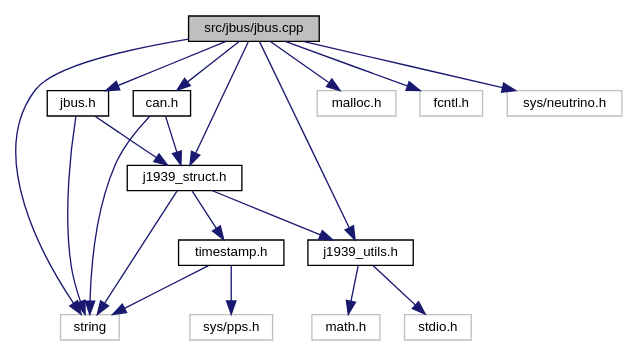
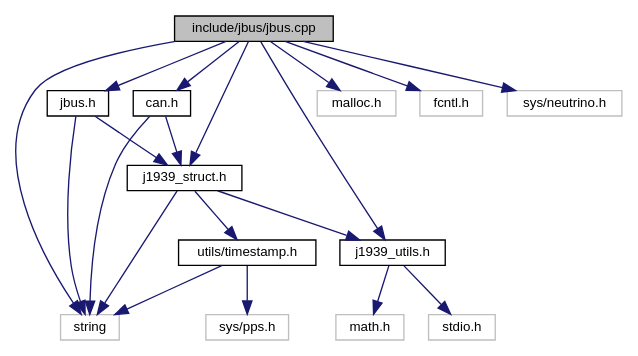
One commit to AboudyKreidieh/truck-code changed the diagram in docs/jbus_8cpp__incl.dot. Above: the diagram before and after it, drawn with Graphviz. The commit also changed 582 other files, not shown here.

```diff
--- a/docs/jbus_8cpp__incl.dot
+++ b/docs/jbus_8cpp__incl.dot
@@ -1,37 +1,37 @@
-digraph "src/jbus/jbus.cpp"
+digraph "include/jbus/jbus.cpp"
 {
   edge [fontname="Helvetica",fontsize="10",labelfontname="Helvetica",labelfontsize="10"];
   node [fontname="Helvetica",fontsize="10",shape=record];
-  Node0 [label="src/jbus/jbus.cpp",height=0.2,width=0.4,color="black", fillcolor="grey75", style="filled", fontcolor="black"];
+  Node0 [label="include/jbus/jbus.cpp",height=0.2,width=0.4,color="black", fillcolor="grey75", style="filled", fontcolor="black"];
   Node0 -> Node1 [color="midnightblue",fontsize="10",style="solid",fontname="Helvetica"];
   Node1 [label="can.h",height=0.2,width=0.4,color="black", fillcolor="white", style="filled",URL="$can_8h.html"];
   Node1 -> Node2 [color="midnightblue",fontsize="10",style="solid",fontname="Helvetica"];
   Node2 [label="j1939_struct.h",height=0.2,width=0.4,color="black", fillcolor="white", style="filled",URL="$j1939__struct_8h.html"];
   Node2 -> Node3 [color="midnightblue",fontsize="10",style="solid",fontname="Helvetica"];
   Node3 [label="string",height=0.2,width=0.4,color="grey75", fillcolor="white", style="filled"];
   Node2 -> Node4 [color="midnightblue",fontsize="10",style="solid",fontname="Helvetica"];
   Node4 [label="j1939_utils.h",height=0.2,width=0.4,color="black", fillcolor="white", style="filled",URL="$j1939__utils_8h.html"];
   Node4 -> Node5 [color="midnightblue",fontsize="10",style="solid",fontname="Helvetica"];
   Node5 [label="math.h",height=0.2,width=0.4,color="grey75", fillcolor="white", style="filled"];
   Node4 -> Node6 [color="midnightblue",fontsize="10",style="solid",fontname="Helvetica"];
   Node6 [label="stdio.h",height=0.2,width=0.4,color="grey75", fillcolor="white", style="filled"];
   Node2 -> Node7 [color="midnightblue",fontsize="10",style="solid",fontname="Helvetica"];
-  Node7 [label="timestamp.h",height=0.2,width=0.4,color="black", fillcolor="white", style="filled",URL="$timestamp_8h.html"];
+  Node7 [label="utils/timestamp.h",height=0.2,width=0.4,color="black", fillcolor="white", style="filled",URL="$timestamp_8h.html"];
   Node7 -> Node3 [color="midnightblue",fontsize="10",style="solid",fontname="Helvetica"];
   Node7 -> Node8 [color="midnightblue",fontsize="10",style="solid",fontname="Helvetica"];
   Node8 [label="sys/pps.h",height=0.2,width=0.4,color="grey75", fillcolor="white", style="filled"];
   Node1 -> Node3 [color="midnightblue",fontsize="10",style="solid",fontname="Helvetica"];
   Node0 -> Node9 [color="midnightblue",fontsize="10",style="solid",fontname="Helvetica"];
   Node9 [label="jbus.h",height=0.2,width=0.4,color="black", fillcolor="white", style="filled",URL="$jbus_8h.html"];
   Node9 -> Node2 [color="midnightblue",fontsize="10",style="solid",fontname="Helvetica"];
   Node9 -> Node3 [color="midnightblue",fontsize="10",style="solid",fontname="Helvetica"];
   Node0 -> Node4 [color="midnightblue",fontsize="10",style="solid",fontname="Helvetica"];
   Node0 -> Node2 [color="midnightblue",fontsize="10",style="solid",fontname="Helvetica"];
   Node0 -> Node3 [color="midnightblue",fontsize="10",style="solid",fontname="Helvetica"];
   Node0 -> Node10 [color="midnightblue",fontsize="10",style="solid",fontname="Helvetica"];
   Node10 [label="malloc.h",height=0.2,width=0.4,color="grey75", fillcolor="white", style="filled"];
   Node0 -> Node11 [color="midnightblue",fontsize="10",style="solid",fontname="Helvetica"];
   Node11 [label="fcntl.h",height=0.2,width=0.4,color="grey75", fillcolor="white", style="filled"];
   Node0 -> Node12 [color="midnightblue",fontsize="10",style="solid",fontname="Helvetica"];
   Node12 [label="sys/neutrino.h",height=0.2,width=0.4,color="grey75", fillcolor="white", style="filled"];
 }
```
